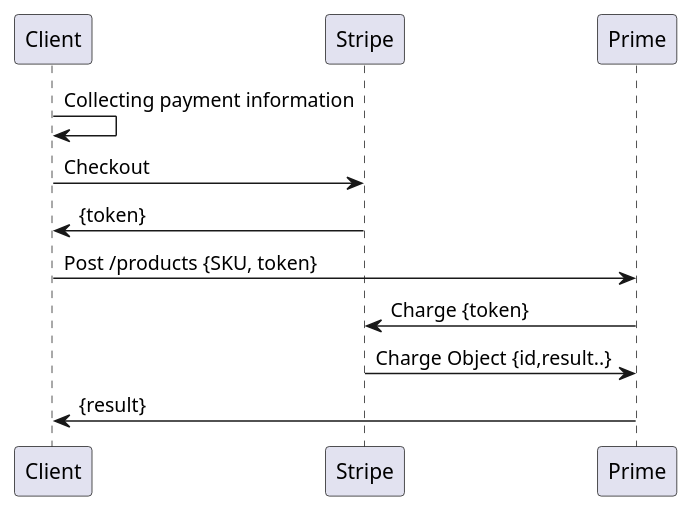
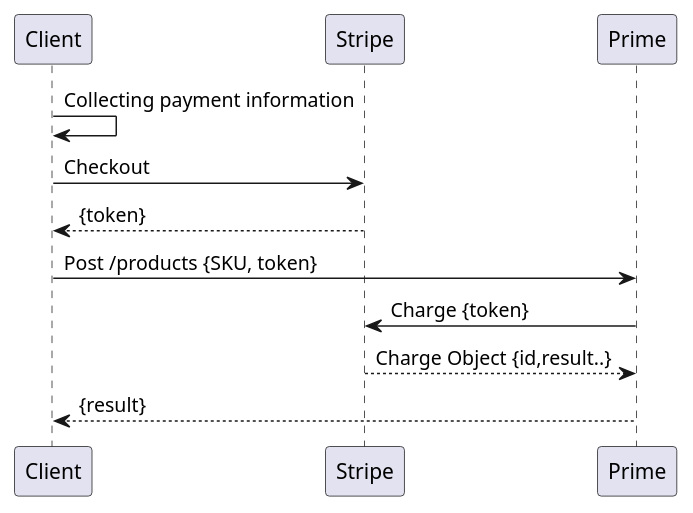
Before and after one commit to ostelco/ostelco-core: the diagram in payment-processor/doc/puml/purchase-flow.puml, drawn with PlantUML. The commit also changed 1 other file, not shown here.

```diff
--- a/payment-processor/doc/puml/purchase-flow.puml
+++ b/payment-processor/doc/puml/purchase-flow.puml
@@ -1,11 +1,11 @@
 @startuml
 
 Client -> Client : Collecting payment information
 Client -> Stripe : Checkout
-Stripe -> Client: {token}
+Stripe --> Client: {token}
 Client -> Prime: Post /products {SKU, token}
 Prime -> Stripe: Charge {token}
-Stripe -> Prime: Charge Object {id,result..}
-Prime -> Client: {result}
+Stripe --> Prime: Charge Object {id,result..}
+Prime --> Client: {result}
 
 @enduml
```
